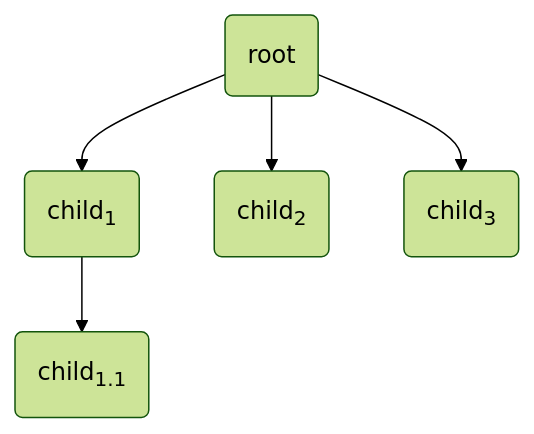
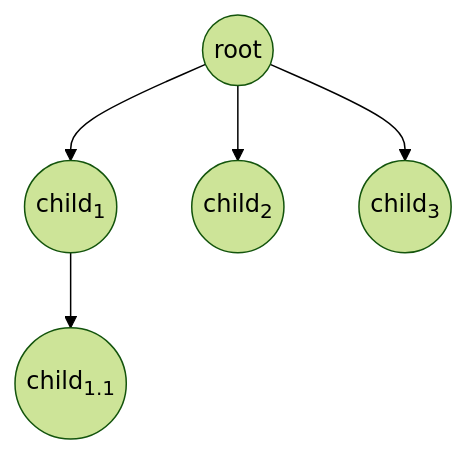
Before and after one commit to Steven-Zhl/Steven-Zhl.github.io: the first of 4 diagrams in _posts/数据结构与算法/2023-10-10-[数据结构]6_树和二叉树.md, drawn with Mermaid (forest theme). The commit also changed other lines of this file and 4 other files, not shown here.

```diff
--- a/_posts/数据结构与算法/2023-10-10-[数据结构]6_树和二叉树.md
+++ b/_posts/数据结构与算法/2023-10-10-[数据结构]6_树和二叉树.md
@@ -19,6 +18,6 @@
 <div class="mermaid">
 graph TD
-  A(root) --> B(child<sub>1</sub>) --> E(child<sub>1.1</sub>)
-  A(root) --> C(child<sub>2</sub>)
-  A(root) --> D(child<sub>3</sub>)
+  A((root)) --> B((child<sub>1</sub>)) --> E((child<sub>1.1</sub>))
+  A((root)) --> C((child<sub>2</sub>))
+  A((root)) --> D((child<sub>3</sub>))
 </div>
```
